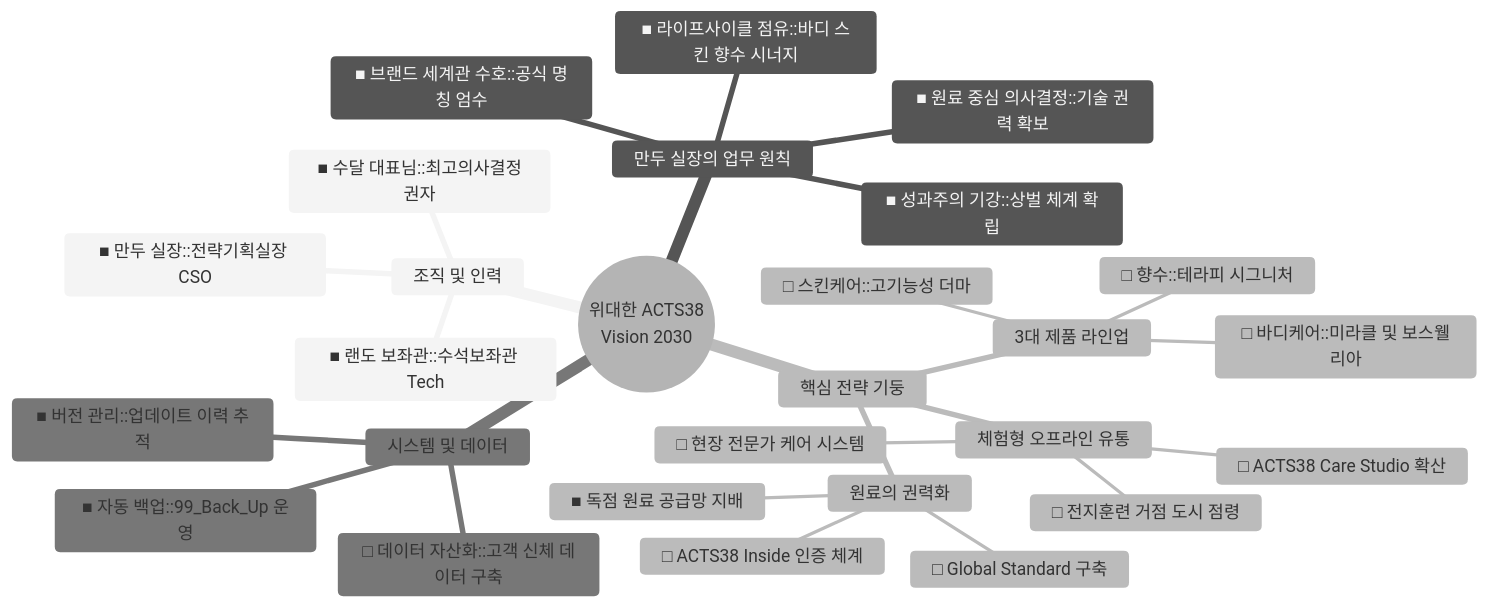
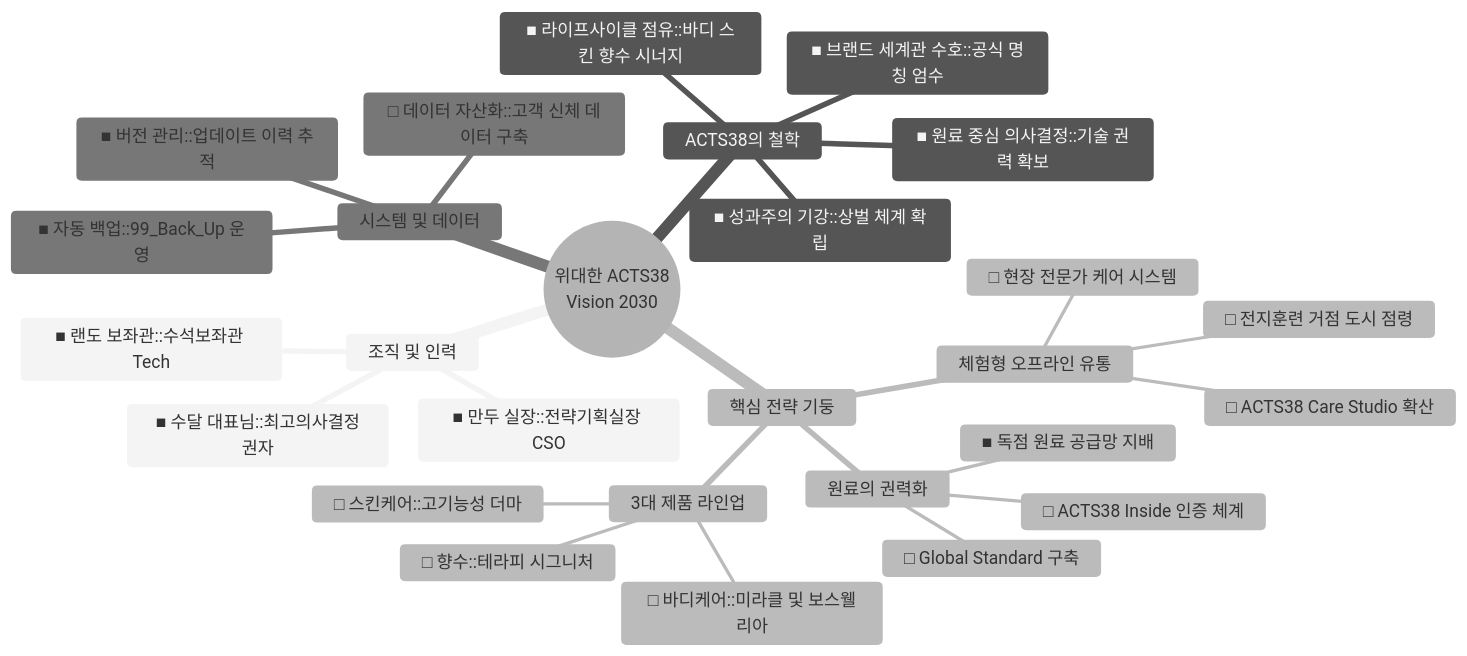
The diagram in main/ACTS38_2030MasterPlan.md (HappySudal/ACTS38_Vision2030), drawn with Mermaid (neutral theme) before and after one commit. The commit also changed 1 other file, not shown here.

Commit message:
Update nomenclature: Work Principles -> ACTS38 Philosophy

````diff
--- a/main/ACTS38_2030MasterPlan.md
+++ b/main/ACTS38_2030MasterPlan.md
@@ -7,30 +7,30 @@
 ```mermaid
 mindmap
   root((위대한 ACTS38<br/>Vision 2030))
     조직 및 인력
       ■ 수달 대표님::최고의사결정권자
       ■ 만두 실장::전략기획실장 CSO
       ■ 랜도 보좌관::수석보좌관 Tech
-    만두 실장의 업무 원칙
+    ACTS38의 철학
       ■ 브랜드 세계관 수호::공식 명칭 엄수
       ■ 라이프사이클 점유::바디 스킨 향수 시너지
       ■ 원료 중심 의사결정::기술 권력 확보
       ■ 성과주의 기강::상벌 체계 확립
     핵심 전략 기둥
       원료의 권력화
         □ Global Standard 구축
         □ ACTS38 Inside 인증 체계
         ■ 독점 원료 공급망 지배
       체험형 오프라인 유통
         □ ACTS38 Care Studio 확산
         □ 전지훈련 거점 도시 점령
         □ 현장 전문가 케어 시스템
       3대 제품 라인업
         □ 바디케어::미라클 및 보스웰리아
         □ 스킨케어::고기능성 더마
         □ 향수::테라피 시그니처
     시스템 및 데이터
       ■ 자동 백업::99_Back_Up 운영
       □ 데이터 자산화::고객 신체 데이터 구축
       ■ 버전 관리::업데이트 이력 추적
 ```
````
